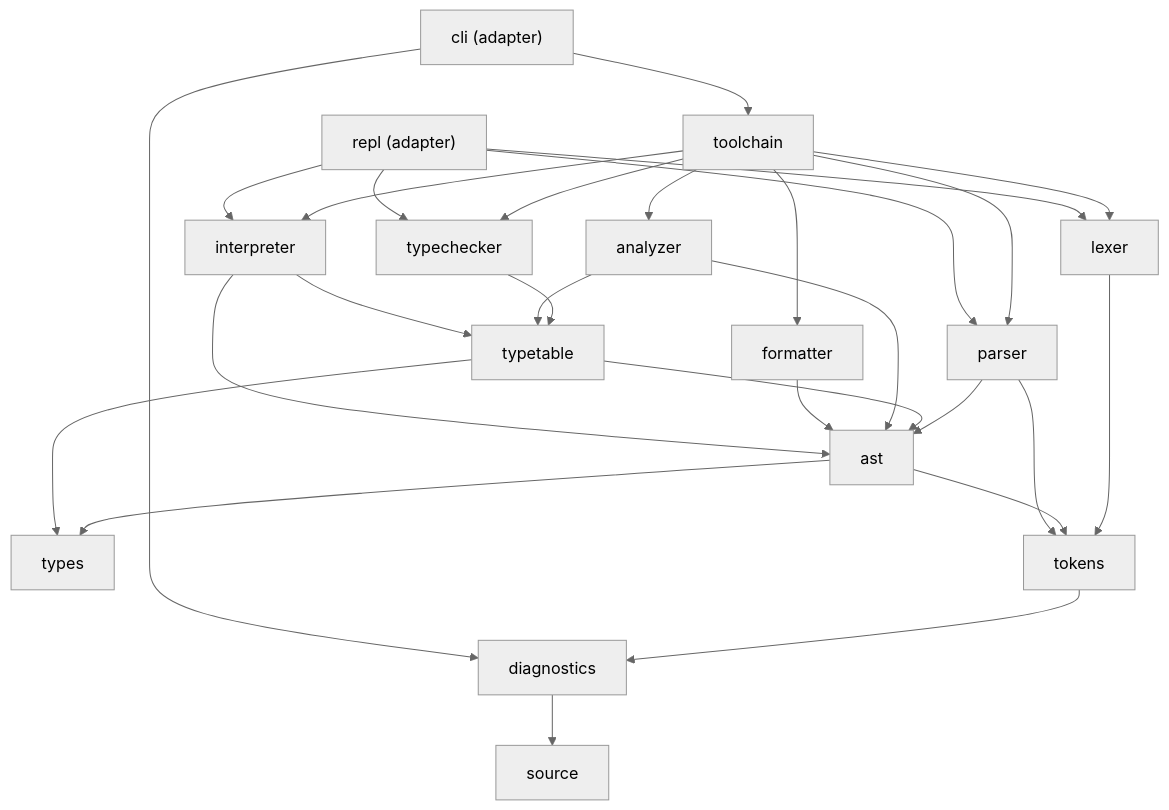
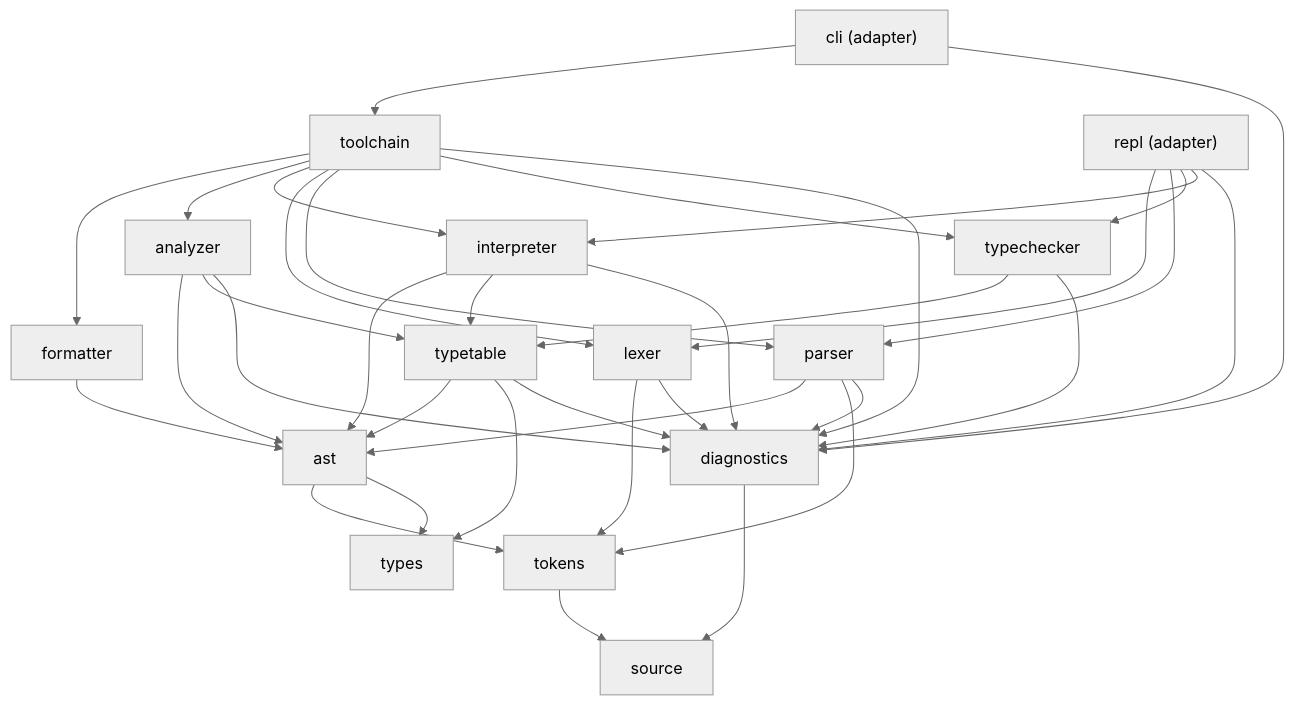
Before and after one commit to GarroteSantiago/printscript: the first of 3 diagrams in docs/architecture.md, drawn with Mermaid (neutral theme). The commit also changed 52 other files, not shown here.

````diff
--- a/docs/architecture.md
+++ b/docs/architecture.md
@@ -50,30 +50,38 @@
 ```mermaid
 graph TD
     cli["cli (adapter)"] --> toolchain
     cli --> diagnostics
     repl["repl (adapter)"] --> lexer
     repl --> parser
     repl --> typechecker
     repl --> interpreter
     toolchain --> formatter
     toolchain --> analyzer
     toolchain --> interpreter
     toolchain --> lexer
     toolchain --> parser
     toolchain --> typechecker
     interpreter --> ast
     interpreter --> typetable
     formatter --> ast
     analyzer --> ast
     analyzer --> typetable
     typechecker --> typetable
     typetable --> ast
     typetable --> types
     parser --> ast
     parser --> tokens
     ast --> tokens
     ast --> types
     lexer --> tokens
-    tokens --> diagnostics
+    tokens --> source
     diagnostics --> source
+    lexer --> diagnostics
+    parser --> diagnostics
+    typetable --> diagnostics
+    typechecker --> diagnostics
+    interpreter --> diagnostics
+    analyzer --> diagnostics
+    toolchain --> diagnostics
+    repl --> diagnostics
 ```
````
